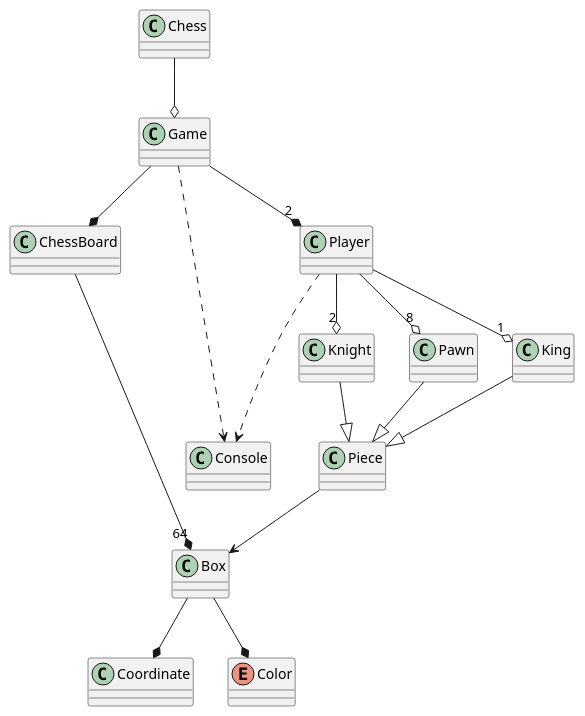
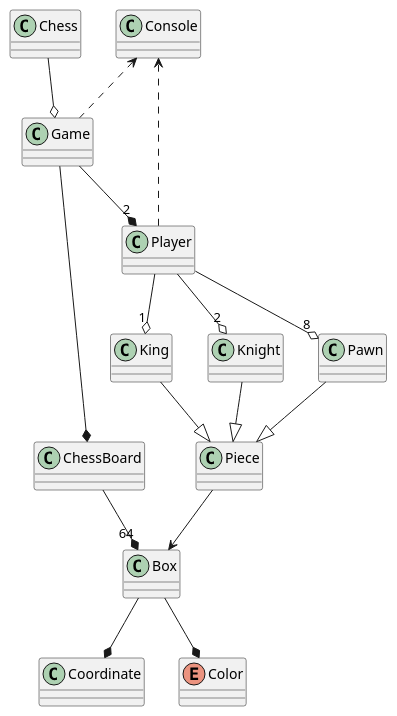
One commit to ccinterod02/Chess changed the diagram in diagrams/diagram.wsd. Above: the diagram before and after it, drawn with PlantUML. The commit also changed 12 other files, not shown here.

```diff
--- a/diagrams/diagram.wsd
+++ b/diagrams/diagram.wsd
@@ -1,72 +1,72 @@
 @startuml Chess - Polimorfismo
 class Chess {
 
 }
 
 class Coordinate {
 
 }
 
 class Player {
 
 }
 
 
 class Pawn {
     
 }
 
 class King {
 
 }
 
 class Knight {
 
 }
 
 enum Color {
 
 }
 
 class Box {
 
 }
 
 class Game {
 
 }
 
 class Piece {
 
 }
 
 class ChessBoard {
 
 }
 
 class Console {
 
 }
 
 Chess --o Game
 
 Player -.-> Console
-Game -.-> Console
+Game -.left-> Console
 
 Game --* ChessBoard
 Game --* "2" Player
 
 ChessBoard --* "64" Box
 Box --* Coordinate
 Box --* Color
 
 Player --o "2" Knight
 Player --o "1" King
 Player --o "8" Pawn
 Piece --> Box
 
 King --|> Piece
 Pawn --|> Piece
 Knight --|> Piece
 
 @enduml
```
